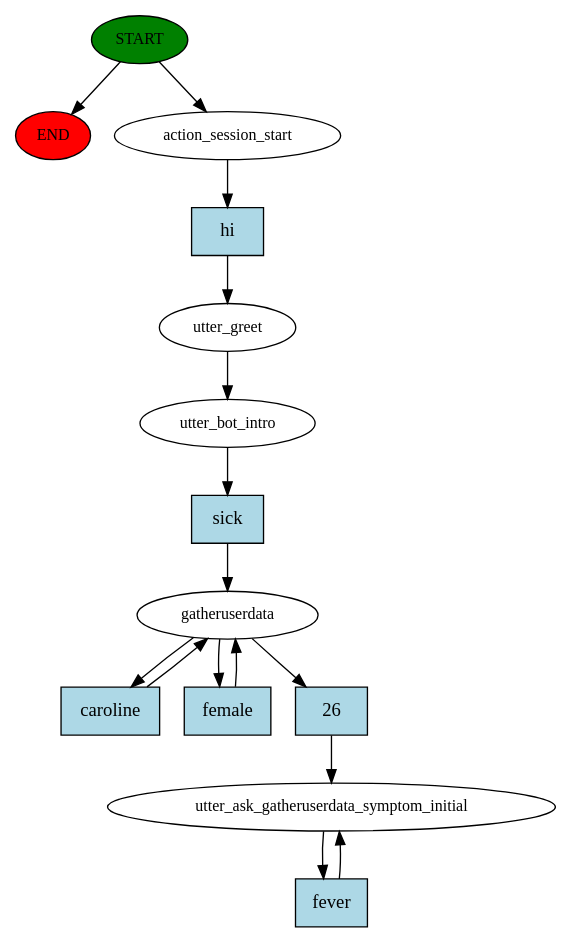
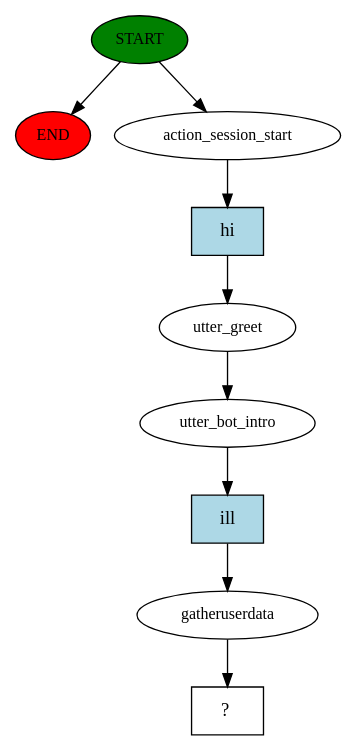
One commit to carolinebarra/HealthRasa_Bot changed the diagram in story_graph.dot. Above: the diagram before and after it, drawn with Graphviz. The commit also changed 28 other files, not shown here.

```diff
--- a/story_graph.dot
+++ b/story_graph.dot
@@ -1,30 +1,19 @@
 digraph  {
 0 [class="start active", fillcolor=green, fontsize=12, label=START, style=filled];
 "-1" [class=end, fillcolor=red, fontsize=12, label=END, style=filled];
 1 [class=active, fontsize=12, label=action_session_start];
 2 [class=active, fontsize=12, label=utter_greet];
 3 [class=active, fontsize=12, label=utter_bot_intro];
 4 [class=active, fontsize=12, label=gatheruserdata];
-7 [class="active dashed", fontsize=12, label=utter_ask_gatheruserdata_symptom_initial];
-9 [class="intent active", fillcolor=lightblue, label=hi, shape=rect, style=filled];
-10 [class="intent active", fillcolor=lightblue, label=sick, shape=rect, style=filled];
-11 [class="intent active", fillcolor=lightblue, label=caroline, shape=rect, style=filled];
-12 [class="intent active", fillcolor=lightblue, label=female, shape=rect, style=filled];
-13 [class="intent active", fillcolor=lightblue, label=26, shape=rect, style=filled];
-14 [class="intent active", fillcolor=lightblue, label=fever, shape=rect, style=filled];
+5 [class="intent dashed active", label="  ?  ", shape=rect];
+6 [class="intent active", fillcolor=lightblue, label=hi, shape=rect, style=filled];
+7 [class="intent active", fillcolor=lightblue, label=ill, shape=rect, style=filled];
 0 -> "-1"  [class="", key=NONE, label=""];
 0 -> 1  [class=active, key=NONE, label=""];
-1 -> 9  [class=active, key=0];
+1 -> 6  [class=active, key=0];
 2 -> 3  [class=active, key=NONE, label=""];
-3 -> 10  [class=active, key=0];
-4 -> 11  [class=active, key=0];
-4 -> 12  [class=active, key=0];
-4 -> 13  [class=active, key=0];
-7 -> 14  [class=active, key=0];
-9 -> 2  [class=active, key=0];
-10 -> 4  [class=active, key=0];
-11 -> 4  [class=active, key=0];
-12 -> 4  [class=active, key=0];
-13 -> 7  [class=active, key=0];
-14 -> 7  [class=active, key=0];
+3 -> 7  [class=active, key=0];
+4 -> 5  [class=active, key=NONE, label=""];
+6 -> 2  [class=active, key=0];
+7 -> 4  [class=active, key=0];
 }
```
